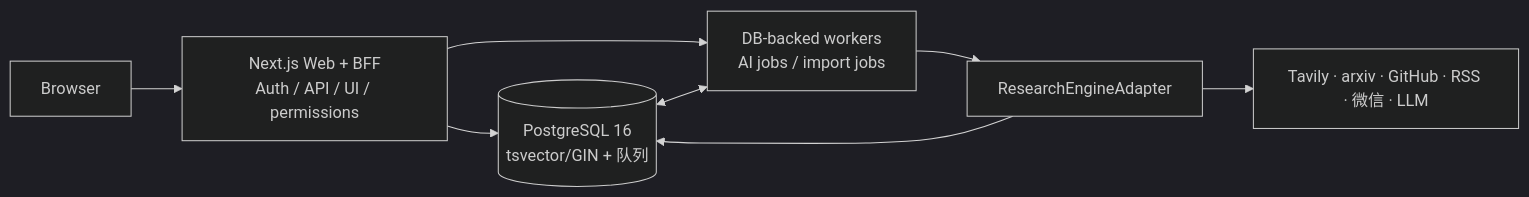
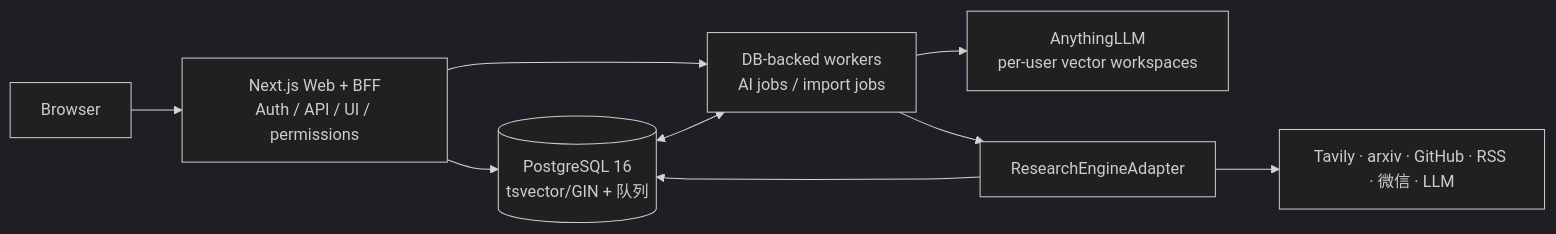
The first of 2 diagrams in docs/ARCHITECTURE.md (csbpku/deep_research), drawn with Mermaid (dark theme) before and after one commit. The commit also changed other lines of this file and 11 other files, not shown here.

````diff
--- a/docs/ARCHITECTURE.md
+++ b/docs/ARCHITECTURE.md
@@ -42,17 +42,19 @@
 ```mermaid
 flowchart LR
     Browser["Browser"]
     Web["Next.js Web + BFF<br/>Auth / API / UI / permissions"]
     PG[("PostgreSQL 16<br/>tsvector/GIN + 队列")]
     Workers["DB-backed workers<br/>AI jobs / import jobs"]
+    AnythingLLM["AnythingLLM<br/>per-user vector workspaces"]
     Adapter["ResearchEngineAdapter"]
     Src["Tavily · arxiv · GitHub · RSS · 微信 · LLM"]
 
     Browser --> Web
     Web --> PG
     Web --> Workers
     Workers --> Adapter
     Adapter --> Src
     Adapter --> PG
     PG <--> Workers
+    Workers --> AnythingLLM
 ```
````
